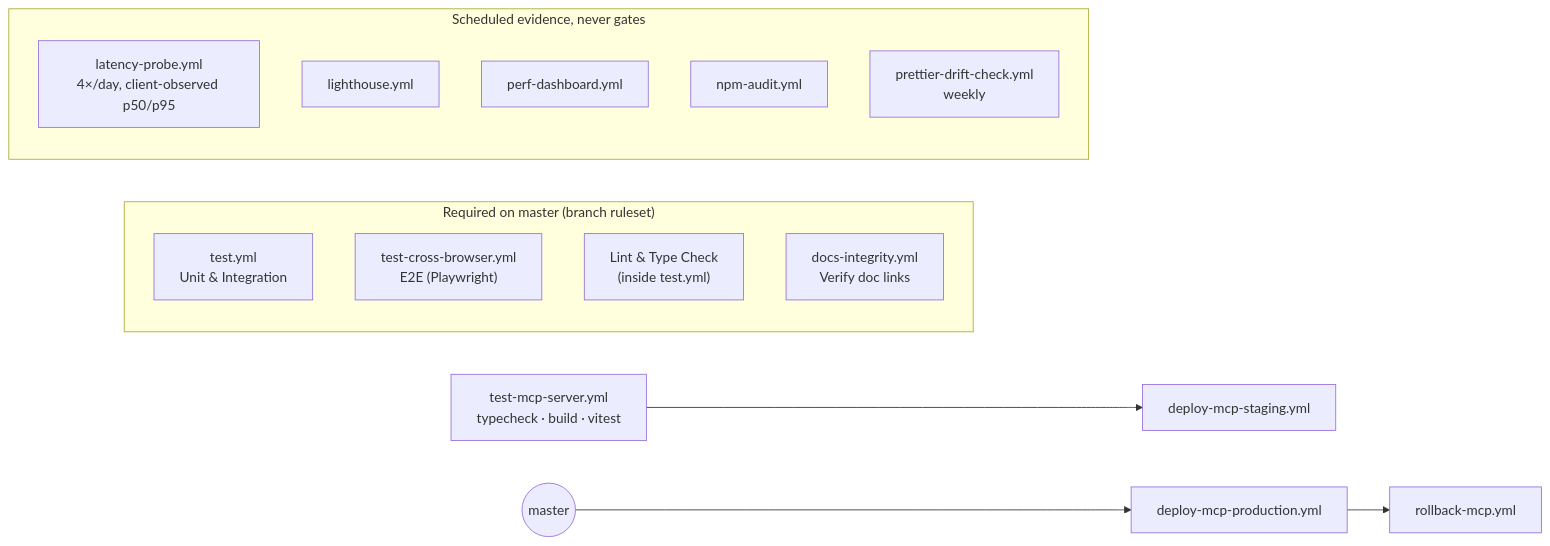
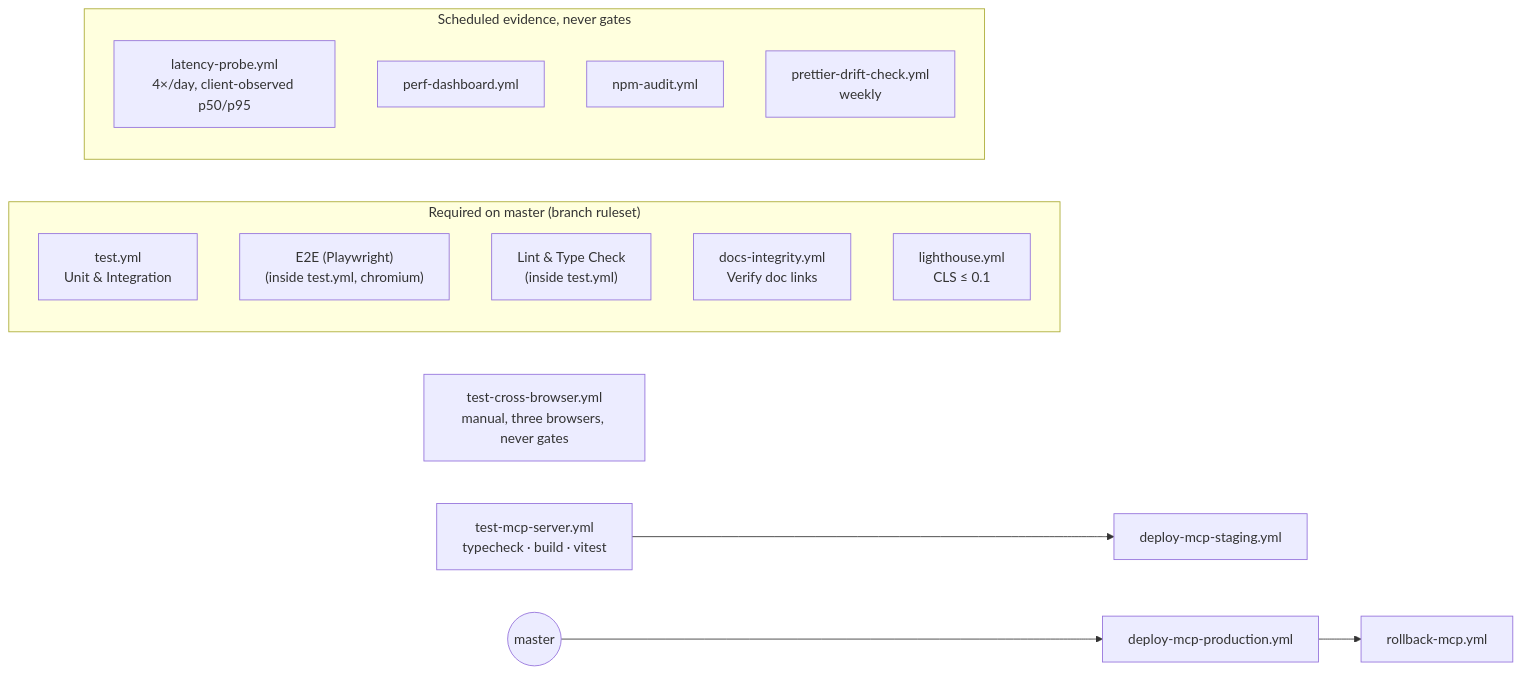
The third of 4 diagrams in src/docs/architecture/2-operational.md (Global-Strategic-Technologies/gst-website), drawn with Mermaid before and after one commit. The commit also changed other lines of this file and 28 other files, not shown here.

````diff
--- a/src/docs/architecture/2-operational.md
+++ b/src/docs/architecture/2-operational.md
@@ -58,18 +58,19 @@
 ```mermaid
 flowchart LR
   subgraph gates["Required on master (branch ruleset)"]
     t["test.yml<br/>Unit & Integration"]
-    e2e["test-cross-browser.yml<br/>E2E (Playwright)"]
+    e2e["E2E (Playwright)<br/>(inside test.yml, chromium)"]
     lint["Lint & Type Check<br/>(inside test.yml)"]
     docs["docs-integrity.yml<br/>Verify doc links"]
+    lh["lighthouse.yml<br/>CLS ≤ 0.1"]
   end
+  xb["test-cross-browser.yml<br/>manual, three browsers, never gates"]
   mcp["test-mcp-server.yml<br/>typecheck · build · vitest"] --> dstg["deploy-mcp-staging.yml"]
   master(("master")) --> dprod["deploy-mcp-production.yml"] --> rb["rollback-mcp.yml"]
   subgraph sched["Scheduled evidence, never gates"]
     probe["latency-probe.yml<br/>4×/day, client-observed p50/p95"]
-    lh["lighthouse.yml"]
     perf["perf-dashboard.yml"]
     audit["npm-audit.yml"]
     drift["prettier-drift-check.yml<br/>weekly"]
   end
 ```
````
